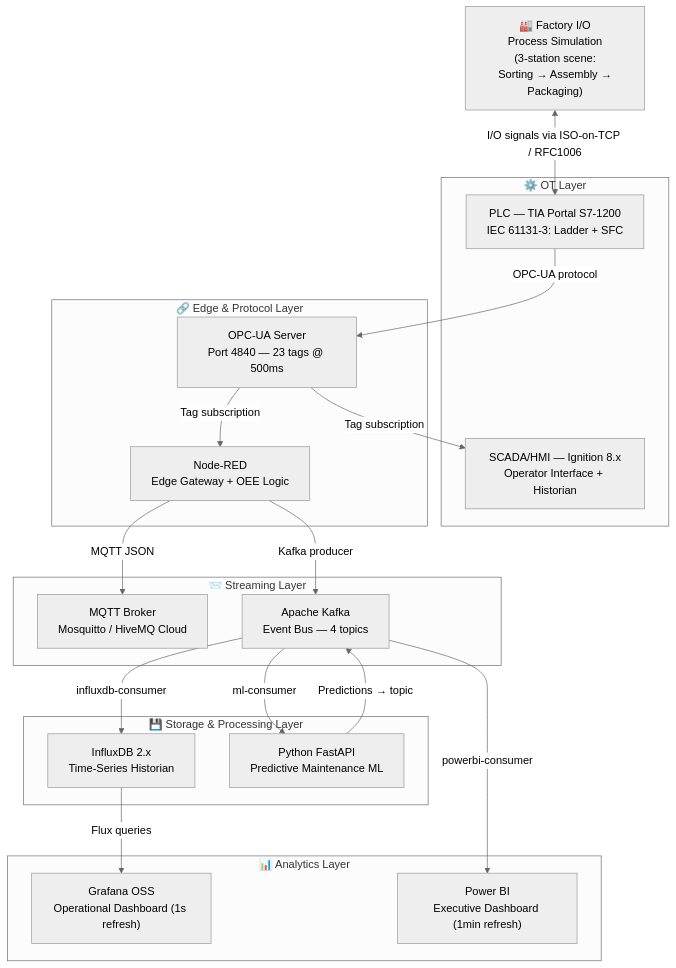
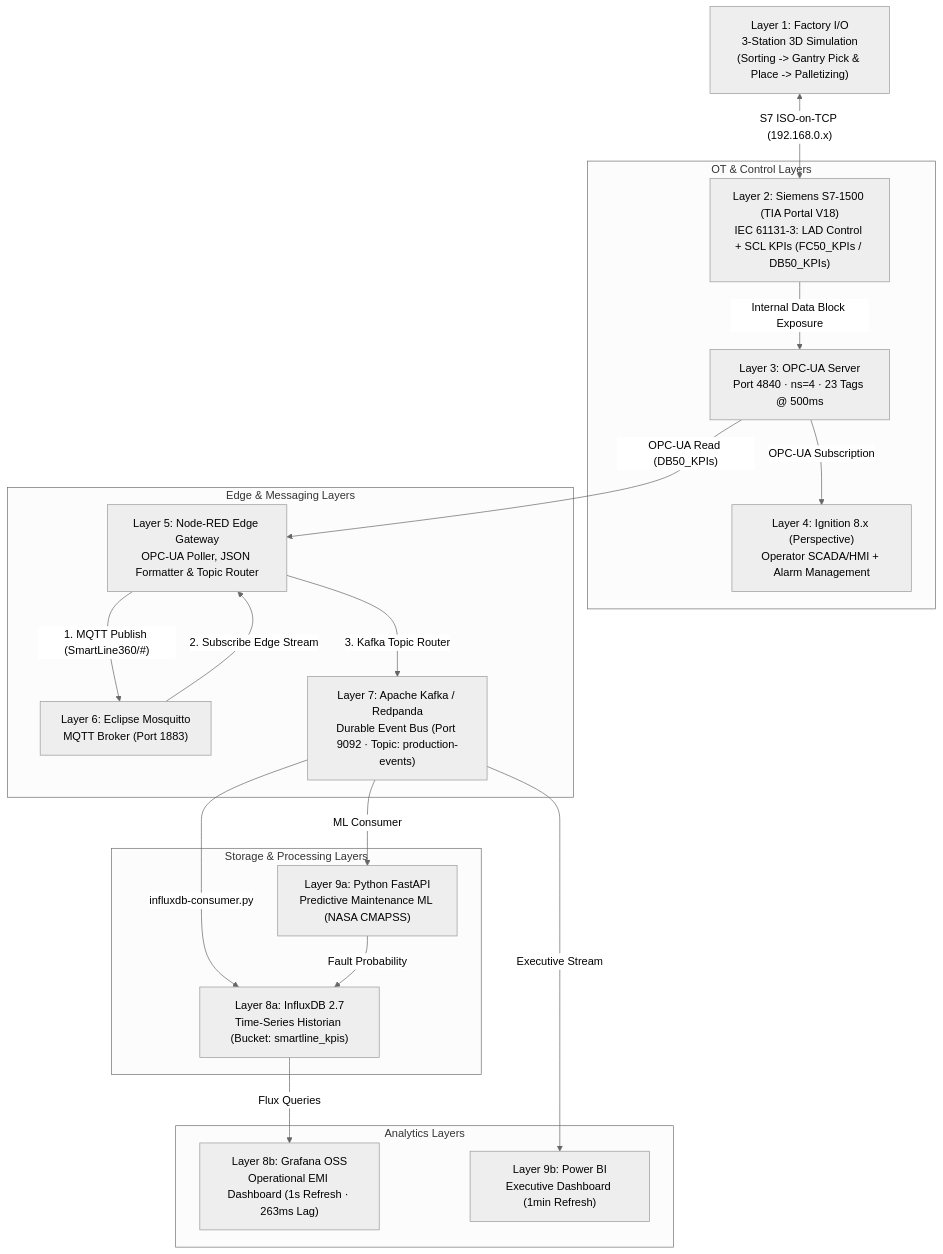
Before and after one commit to younessTebbaq/SmartLine-360: the diagram in docs/ARCHITECTURE.md, drawn with Mermaid (neutral theme). The commit also changed other lines of this file and 9 other files, not shown here.

Commit message:
docs: align full repository documentation with S7-1500, FC50_KPIs, and Kafka pipeline

````diff
--- a/docs/ARCHITECTURE.md
+++ b/docs/ARCHITECTURE.md
@@ -35,41 +38,39 @@
 ```mermaid
 graph TD
-    FIO["🏭 Factory I/O\nProcess Simulation\n(3-station scene:\n Sorting → Assembly → Packaging)"]
+    FIO["Layer 1: Factory I/O\n3-Station 3D Simulation\n(Sorting -> Gantry Pick & Place -> Palletizing)"]
 
-    subgraph OT ["⚙️  OT Layer"]
-        TIA["PLC — TIA Portal S7-1200\nIEC 61131-3: Ladder + SFC"]
-        IGN["SCADA/HMI — Ignition 8.x\nOperator Interface + Historian"]
+    subgraph OT ["OT & Control Layers"]
+        TIA["Layer 2: Siemens S7-1500 (TIA Portal V18)\nIEC 61131-3: LAD Control + SCL KPIs (FC50_KPIs / DB50_KPIs)"]
+        OPC["Layer 3: OPC-UA Server\nPort 4840 · ns=4 · 23 Tags @ 500ms"]
+        IGN["Layer 4: Ignition 8.x (Perspective)\nOperator SCADA/HMI + Alarm Management"]
     end
 
-    subgraph EDGE ["🔗  Edge & Protocol Layer"]
-        OPC["OPC-UA Server\nPort 4840 — 23 tags @ 500ms"]
-        NR["Node-RED\nEdge Gateway + OEE Logic"]
+    subgraph EDGE ["Edge & Messaging Layers"]
+        NR["Layer 5: Node-RED Edge Gateway\nOPC-UA Poller, JSON Formatter & Topic Router"]
+        MQTT["Layer 6: Eclipse Mosquitto\nMQTT Broker (Port 1883)"]
+        KAFKA["Layer 7: Apache Kafka / Redpanda\nDurable Event Bus (Port 9092 · Topic: production-events)"]
     end
 
-    subgraph STREAM ["📨  Streaming Layer"]
-        MQTT["MQTT Broker\nMosquitto / HiveMQ Cloud"]
-        KAFKA["Apache Kafka\nEvent Bus — 4 topics"]
+    subgraph STORAGE ["Storage & Processing Layers"]
+        IDB["Layer 8a: InfluxDB 2.7\nTime-Series Historian (Bucket: smartline_kpis)"]
+        ML["Layer 9a: Python FastAPI\nPredictive Maintenance ML (NASA CMAPSS)"]
     end
 
-    subgraph STORAGE ["💾  Storage & Processing Layer"]
-        IDB["InfluxDB 2.x\nTime-Series Historian"]
-        ML["Python FastAPI\nPredictive Maintenance ML"]
+    subgraph ANALYTICS ["Analytics Layers"]
+        GRAF["Layer 8b: Grafana OSS\nOperational EMI Dashboard (1s Refresh · 263ms Lag)"]
+        PBI["Layer 9b: Power BI\nExecutive Dashboard (1min Refresh)"]
     end
 
-    subgraph ANALYTICS ["📊  Analytics Layer"]
-        GRAF["Grafana OSS\nOperational Dashboard (1s refresh)"]
-        PBI["Power BI\nExecutive Dashboard (1min refresh)"]
-    end
-
-    FIO <-->|"I/O signals via ISO-on-TCP / RFC1006"| TIA
-    TIA -->|"OPC-UA protocol"| OPC
-    OPC -->|"Tag subscription"| IGN
-    OPC -->|"Tag subscription"| NR
-    NR -->|"MQTT JSON"| MQTT
-    NR -->|"Kafka producer"| KAFKA
-    KAFKA -->|"influxdb-consumer"| IDB
-    KAFKA -->|"ml-consumer"| ML
-    KAFKA -->|"powerbi-consumer"| PBI
-    IDB -->|"Flux queries"| GRAF
-    ML -->|"Predictions → topic"| KAFKA
+    FIO <-->|"S7 ISO-on-TCP (192.168.0.x)"| TIA
+    TIA -->|"Internal Data Block Exposure"| OPC
+    OPC -->|"OPC-UA Subscription"| IGN
+    OPC -->|"OPC-UA Read (DB50_KPIs)"| NR
+    NR -->|"1. MQTT Publish (SmartLine360/#)"| MQTT
+    MQTT -->|"2. Subscribe Edge Stream"| NR
+    NR -->|"3. Kafka Topic Router"| KAFKA
+    KAFKA -->|"influxdb-consumer.py"| IDB
+    KAFKA -->|"ML Consumer"| ML
+    KAFKA -->|"Executive Stream"| PBI
+    IDB -->|"Flux Queries"| GRAF
+    ML -->|"Fault Probability"| IDB
 ```
````
